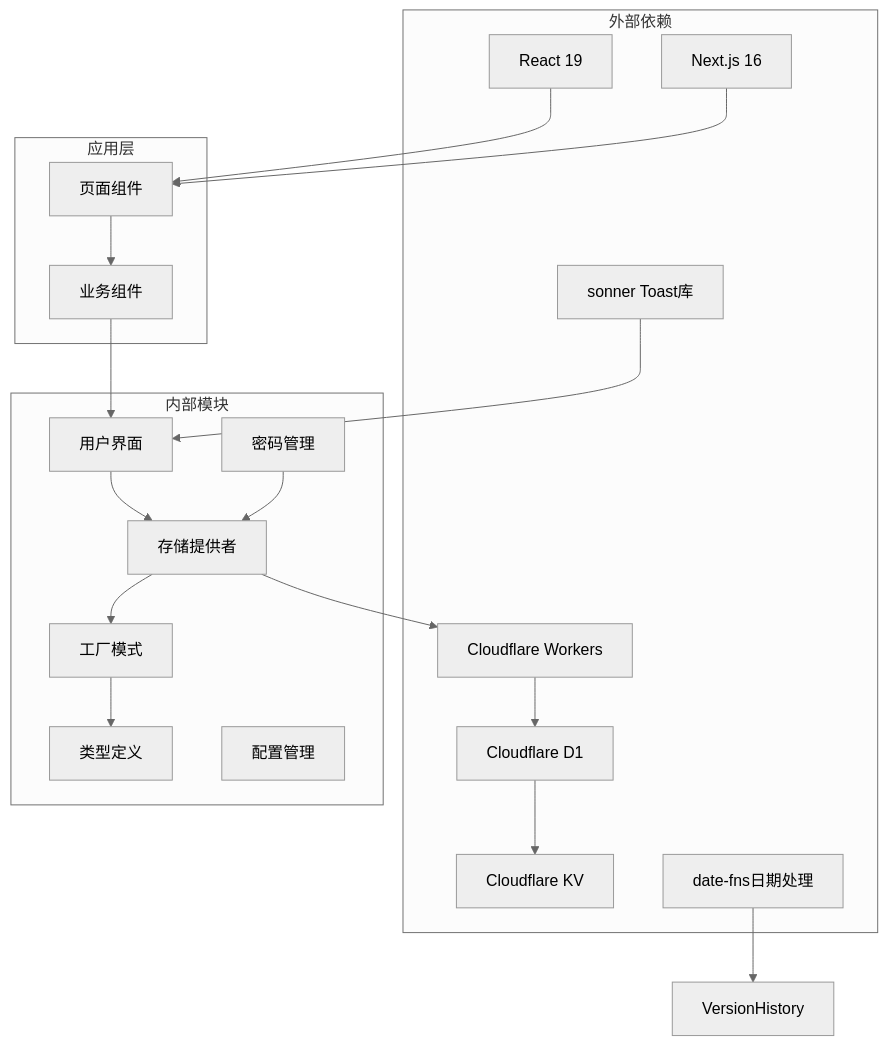
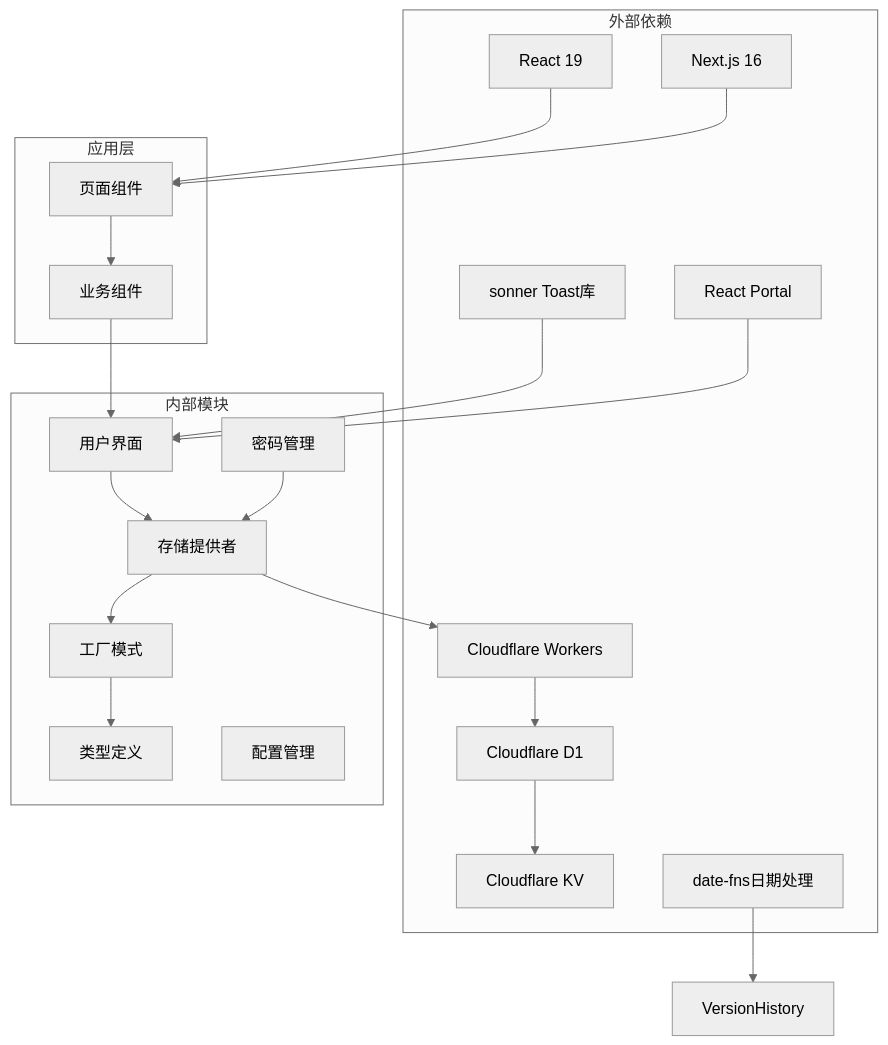
Diagram 12 of 12 in .qoder/repowiki/zh/content/用户指南/数据管理/云同步集成.md (steveyu2/formula-mapper), drawn with Mermaid (neutral theme) before and after one commit. The commit also changed other lines of this file and 12 other files, not shown here.

````diff
--- a/.qoder/repowiki/zh/content/用户指南/数据管理/云同步集成.md
+++ b/.qoder/repowiki/zh/content/用户指南/数据管理/云同步集成.md
@@ -523,37 +622,39 @@
 ```mermaid
 graph TB
 subgraph "外部依赖"
 CF[Cloudflare Workers]
 D1[Cloudflare D1]
 KV[Cloudflare KV]
 React[React 19]
 Next[Next.js 16]
 Sonner[sonner Toast库]
 datefns[date-fns日期处理]
+Portal[React Portal]
 end
 subgraph "内部模块"
 Types[类型定义]
 Factory[工厂模式]
 Provider[存储提供者]
 UI[用户界面]
 Config[配置管理]
 Password[密码管理]
 end
 subgraph "应用层"
 Page[页面组件]
 Components[业务组件]
 end
 Page --> Components
 Components --> UI
 UI --> Provider
 Provider --> Factory
 Factory --> Types
 Provider --> CF
 CF --> D1
 D1 --> KV
 React --> Page
 Next --> Page
 Sonner --> UI
 datefns --> VersionHistory
 Password --> Provider
+Portal --> UI
 ```
````
